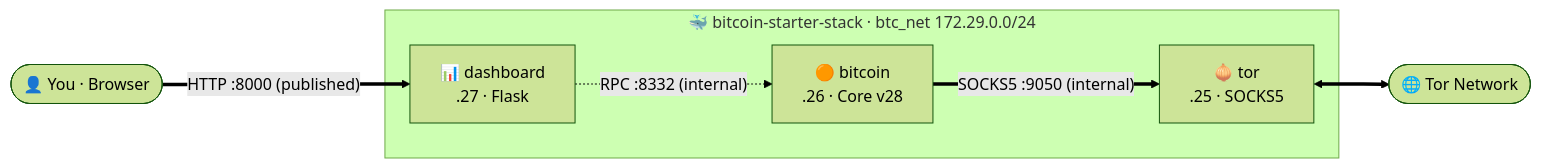
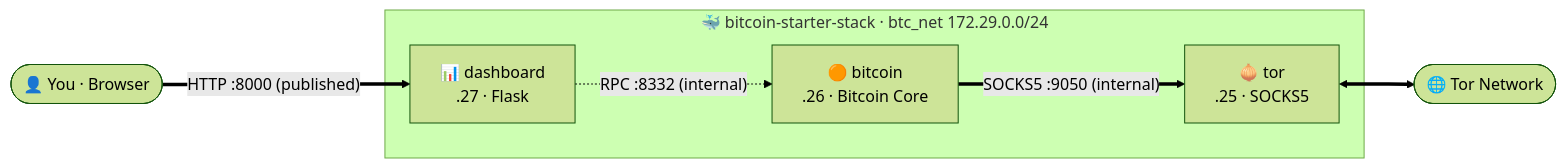
The diagram in docs/architecture.md (VijitSingh97/bitcoin-starter-stack), drawn with Mermaid (forest theme) before and after one commit. The commit also changed other lines of this file and 13 other files, not shown here.

First line of the commit message:
Add pruned-node option; switch to official Bitcoin Core image; pin everything

````diff
--- a/docs/architecture.md
+++ b/docs/architecture.md
@@ -6,16 +6,16 @@
 ```mermaid
 flowchart LR
     You(["👤 You · Browser"])
     Net(["🌐 Tor Network"])
 
     subgraph stack ["🐳 bitcoin-starter-stack · btc_net 172.29.0.0/24"]
         Dashboard["📊 dashboard<br/>.27 · Flask"]
-        Bitcoin["🟠 bitcoin<br/>.26 · Core v28"]
+        Bitcoin["🟠 bitcoin<br/>.26 · Bitcoin Core"]
         Tor["🧅 tor<br/>.25 · SOCKS5"]
     end
 
     You ==>|"HTTP :8000 (published)"| Dashboard
     Dashboard -.->|"RPC :8332 (internal)"| Bitcoin
     Bitcoin ==>|"SOCKS5 :9050 (internal)"| Tor
     Tor <==> Net
 ```
````
